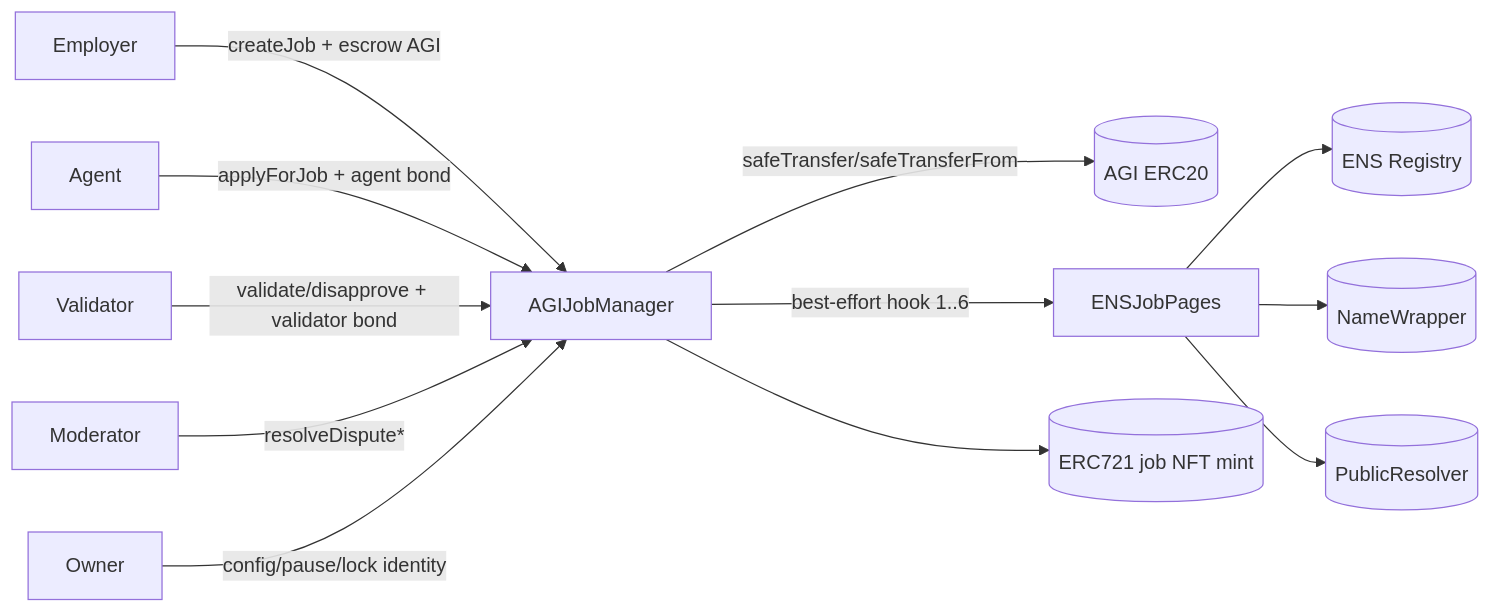
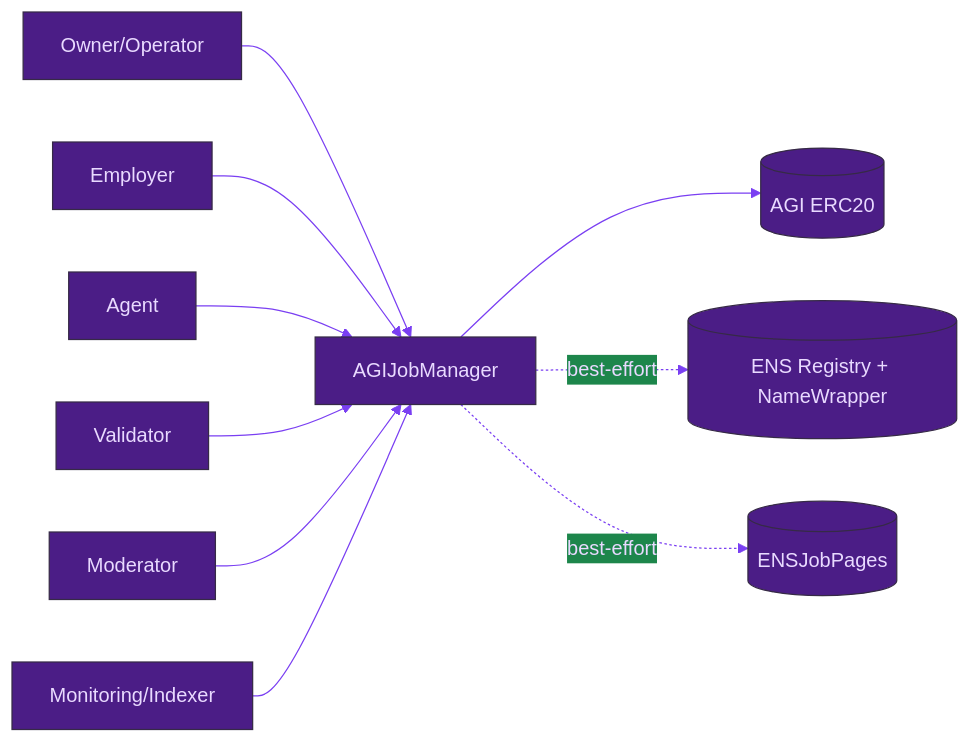
Before and after one commit to MontrealAI/AGIJobManager: the first of 2 diagrams in docs/ARCHITECTURE.md, drawn with Mermaid. The commit also changed other lines of this file and 28 other files, not shown here.

````diff
--- a/docs/ARCHITECTURE.md
+++ b/docs/ARCHITECTURE.md
@@ -20,15 +5,13 @@
 ```mermaid
+%%{init: {"theme":"base","themeVariables":{"fontFamily":"ui-sans-serif, system-ui, -apple-system, Segoe UI, Roboto, Arial","background":"#14001F","primaryColor":"#4B1D86","primaryTextColor":"#E9DAFF","lineColor":"#7A3FF2","tertiaryColor":"#1B0B2A","noteBkgColor":"#1B0B2A","noteTextColor":"#E9DAFF"}}}%%
 flowchart LR
-    EMP[Employer] -->|createJob + escrow AGI| AJM[AGIJobManager]
-    AGT[Agent] -->|applyForJob + agent bond| AJM
-    VAL[Validator] -->|validate/disapprove + validator bond| AJM
-    MOD[Moderator] -->|resolveDispute*| AJM
-    OWN[Owner] -->|config/pause/lock identity| AJM
-
-    AJM -->|safeTransfer/safeTransferFrom| ERC20[(AGI ERC20)]
-    AJM -->|best-effort hook 1..6| ENSJP[ENSJobPages]
-    ENSJP --> ENS[(ENS Registry)]
-    ENSJP --> WRAP[(NameWrapper)]
-    ENSJP --> RES[(PublicResolver)]
-    AJM --> NFT[(ERC721 job NFT mint)]
+    Owner[Owner/Operator] --> AGI[AGIJobManager]
+    Employer --> AGI
+    Agent --> AGI
+    Validator --> AGI
+    Moderator --> AGI
+    AGI --> Token[(AGI ERC20)]
+    AGI -. best-effort .-> ENS[(ENS Registry + NameWrapper)]
+    AGI -. best-effort .-> Pages[(ENSJobPages)]
+    Offchain[Monitoring/Indexer] --> AGI
 ```
````
